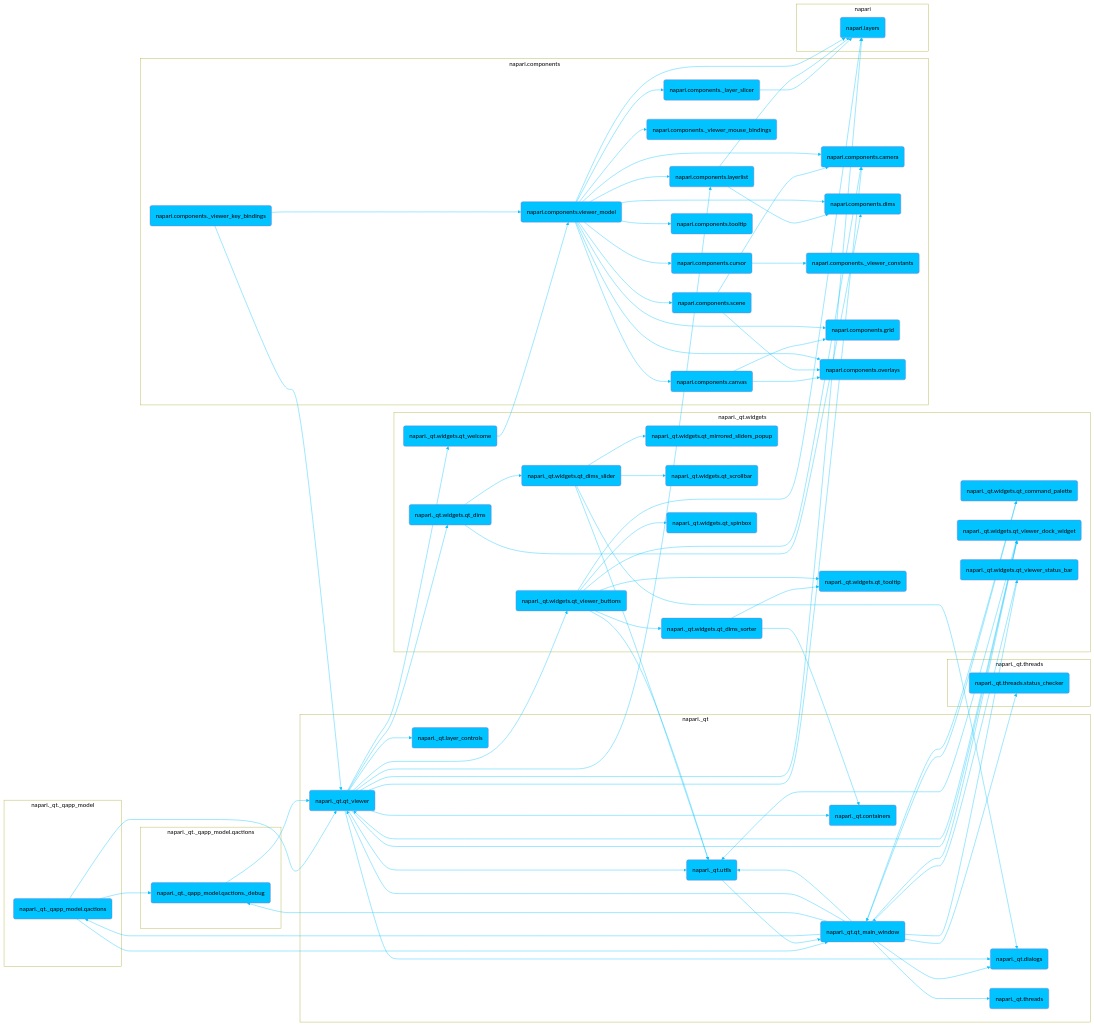
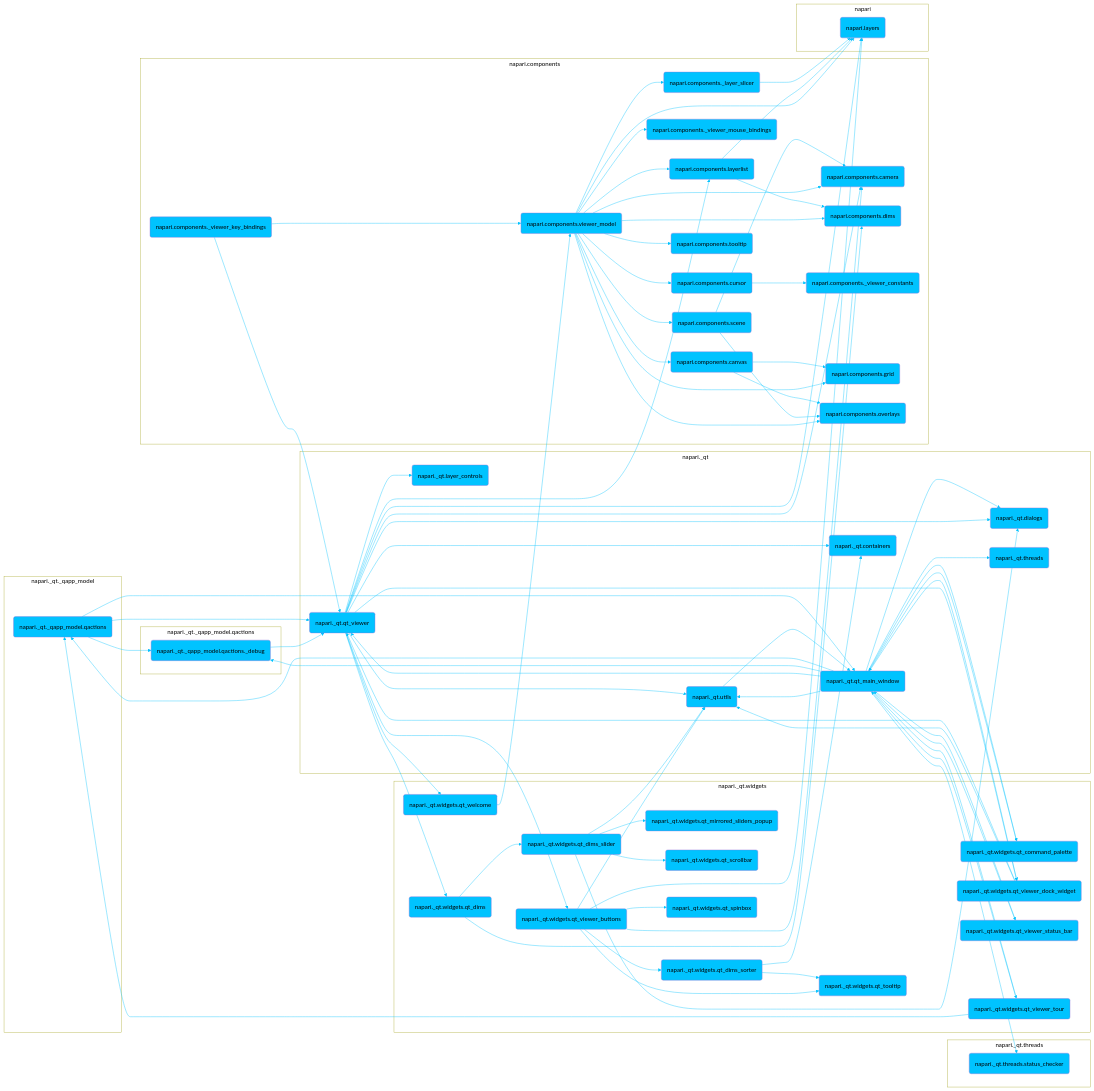
The diagram in dev/_sources/developers/architecture/ui_sections/viewer_ui.md (napari/napari.github.io), drawn with Mermaid before and after one commit. The commit also changed other lines of this file and 743 other files, not shown here.

```diff
--- a/dev/_sources/developers/architecture/ui_sections/viewer_ui.md
+++ b/dev/_sources/developers/architecture/ui_sections/viewer_ui.md
@@ -29,6 +29,7 @@
 	napari._qt.qt_main_window --> napari._qt.widgets.qt_command_palette
 	napari._qt.qt_main_window --> napari._qt.widgets.qt_viewer_dock_widget
 	napari._qt.qt_main_window --> napari._qt.widgets.qt_viewer_status_bar
+	napari._qt.qt_main_window --> napari._qt.widgets.qt_viewer_tour
 	click napari._qt.qt_main_window "https://github.com/napari/napari/tree/main/napari/_qt/qt_main_window.py" _blank
 	napari._qt.qt_viewer(napari._qt.qt_viewer)
 	napari._qt.qt_viewer --> napari._qt.containers
@@ -90,6 +91,10 @@
 	napari._qt.widgets.qt_viewer_status_bar(napari._qt.widgets.qt_viewer_status_bar)
 	napari._qt.widgets.qt_viewer_status_bar --> napari._qt.qt_main_window
 	click napari._qt.widgets.qt_viewer_status_bar "https://github.com/napari/napari/tree/main/napari/_qt/widgets/qt_viewer_status_bar.py" _blank
+	napari._qt.widgets.qt_viewer_tour(napari._qt.widgets.qt_viewer_tour)
+	napari._qt.widgets.qt_viewer_tour --> napari._qt._qapp_model.qactions
+	napari._qt.widgets.qt_viewer_tour --> napari._qt.qt_main_window
+	click napari._qt.widgets.qt_viewer_tour "https://github.com/napari/napari/tree/main/napari/_qt/widgets/qt_viewer_tour.py" _blank
 	napari._qt.widgets.qt_welcome(napari._qt.widgets.qt_welcome)
 	napari._qt.widgets.qt_welcome --> napari.components.viewer_model
 	click napari._qt.widgets.qt_welcome "https://github.com/napari/napari/tree/main/napari/_qt/widgets/qt_welcome.py" _blank
@@ -179,6 +184,7 @@
 		 napari._qt.widgets.qt_viewer_buttons
 		 napari._qt.widgets.qt_viewer_dock_widget
 		 napari._qt.widgets.qt_viewer_status_bar
+		 napari._qt.widgets.qt_viewer_tour
 		 napari._qt.widgets.qt_welcome
 	end
 	class module.napari._qt.widgets subgraphs
```
